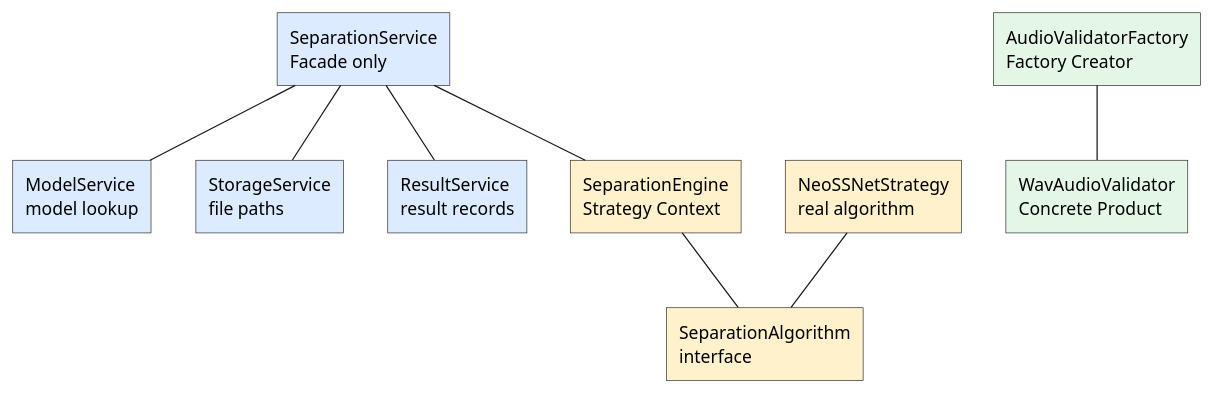
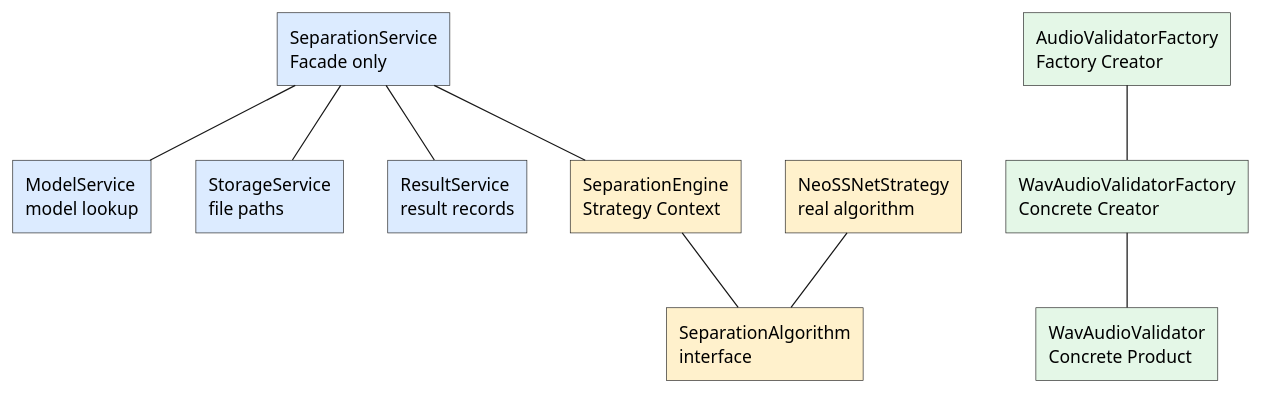
Before and after one commit to ASHRAF-2004/Machine-Learning-Based-System-for-Cardiopulmonary-Sound-Separation: the diagram in docs/software_design_report/diagrams/puml/overall_alt_concept_map.puml, drawn with PlantUML. The commit also changed 18 other files, not shown here.

```diff
--- a/docs/software_design_report/diagrams/puml/overall_alt_concept_map.puml
+++ b/docs/software_design_report/diagrams/puml/overall_alt_concept_map.puml
@@ -1,28 +1,30 @@
 @startuml
 ' Alternative 4: minimal concept-map style.
 
 skinparam shadowing false
 skinparam linetype polyline
 skinparam rectangle {
   RoundCorner 0
 }
 
 rectangle "SeparationService\nFacade only" as A #DCEBFF
 rectangle "ModelService\nmodel lookup" as B #DCEBFF
 rectangle "StorageService\nfile paths" as C #DCEBFF
 rectangle "ResultService\nresult records" as D #DCEBFF
 rectangle "SeparationEngine\nStrategy Context" as E #FFF1CC
 rectangle "SeparationAlgorithm\ninterface" as F #FFF1CC
 rectangle "NeoSSNetStrategy\nreal algorithm" as G #FFF1CC
 rectangle "AudioValidatorFactory\nFactory Creator" as H #E4F7E7
-rectangle "WavAudioValidator\nConcrete Product" as I #E4F7E7
+rectangle "WavAudioValidatorFactory\nConcrete Creator" as I #E4F7E7
+rectangle "WavAudioValidator\nConcrete Product" as J #E4F7E7
 
 A -- B
 A -- C
 A -- D
 A -- E
 E -- F
 G -- F
 H -- I
+I -- J
 
 @enduml
```
